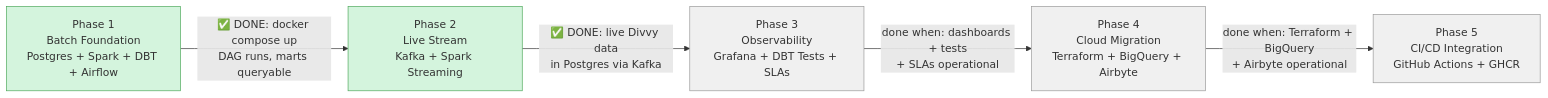
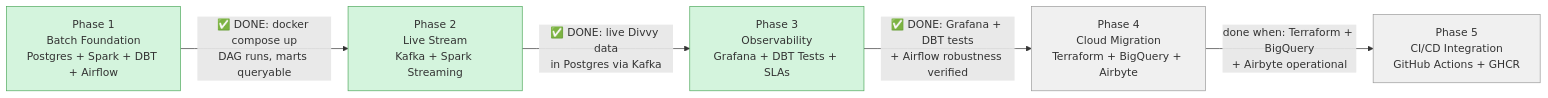
The third of 3 diagrams in README.md (SagarMarthandan/chicago-data-pipeline), drawn with Mermaid before and after one commit. The commit also changed other lines of this file and 8 other files, not shown here.

````diff
--- a/README.md
+++ b/README.md
@@ -84,19 +84,19 @@
 ```mermaid
 graph LR
     P1["Phase 1<br/>Batch Foundation<br/>Postgres + Spark + DBT + Airflow"]
     P2["Phase 2<br/>Live Stream<br/>Kafka + Spark Streaming"]
     P3["Phase 3<br/>Observability<br/>Grafana + DBT Tests + SLAs"]
     P4["Phase 4<br/>Cloud Migration<br/>Terraform + BigQuery + Airbyte"]
     P5["Phase 5<br/>CI/CD Integration<br/>GitHub Actions + GHCR"]
 
     P1 -->|"✅ DONE: docker compose up<br/>DAG runs, marts queryable"| P2
     P2 -->|"✅ DONE: live Divvy data<br/>in Postgres via Kafka"| P3
-    P3 -->|"done when: dashboards + tests<br>+ SLAs operational"| P4
+    P3 -->|"✅ DONE: Grafana + DBT tests<br/>+ Airflow robustness verified"| P4
     P4 -->|"done when: Terraform + BigQuery<br>+ Airbyte operational"| P5
 
     style P1 fill:#d4f4dd,stroke:#4ca85a
     style P2 fill:#d4f4dd,stroke:#4ca85a
-    style P3 fill:#f0f0f0,stroke:#999
+    style P3 fill:#d4f4dd,stroke:#4ca85a
     style P4 fill:#f0f0f0,stroke:#999
     style P5 fill:#f0f0f0,stroke:#999
 ```
````
